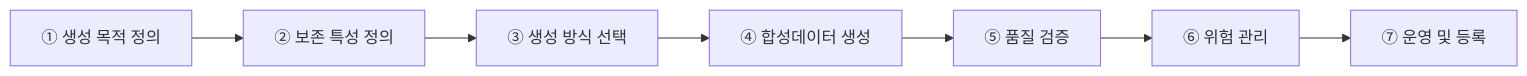
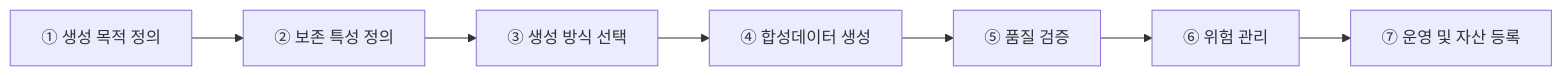
The fifth of 5 diagrams in 가이드 작성/E-2 합성데이터/E-2 합성데이터_0623.md (jin-kearney/ai-ready-data-manual), drawn with Mermaid before and after one commit. The commit also changed other lines of this file, not shown here.

````diff
--- a/가이드 작성/E-2 합성데이터/E-2 합성데이터_0623.md
+++ b/가이드 작성/E-2 합성데이터/E-2 합성데이터_0623.md
@@ -594,11 +594,11 @@
 ```mermaid
 flowchart LR
 
 A["① 생성 목적 정의"]
 --> B["② 보존 특성 정의"]
 --> C["③ 생성 방식 선택"]
 --> D["④ 합성데이터 생성"]
 --> E["⑤ 품질 검증"]
 --> F["⑥ 위험 관리"]
---> G["⑦ 운영 및 등록"]
+--> G["⑦ 운영 및 자산 등록"]
 ```
````
